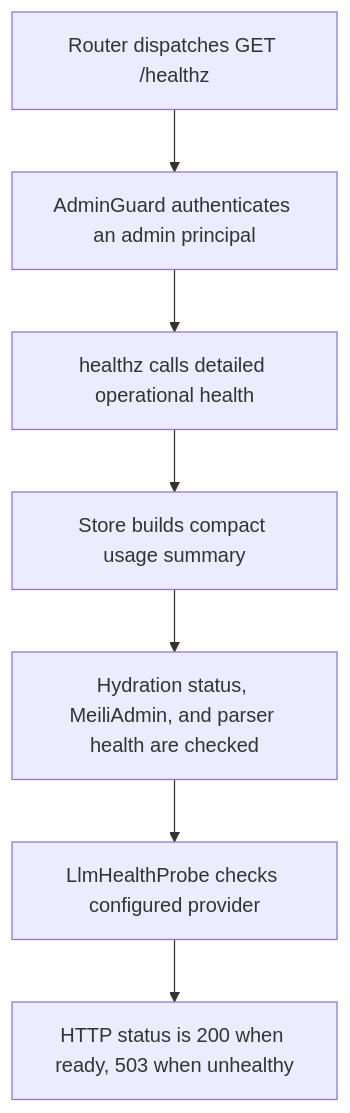
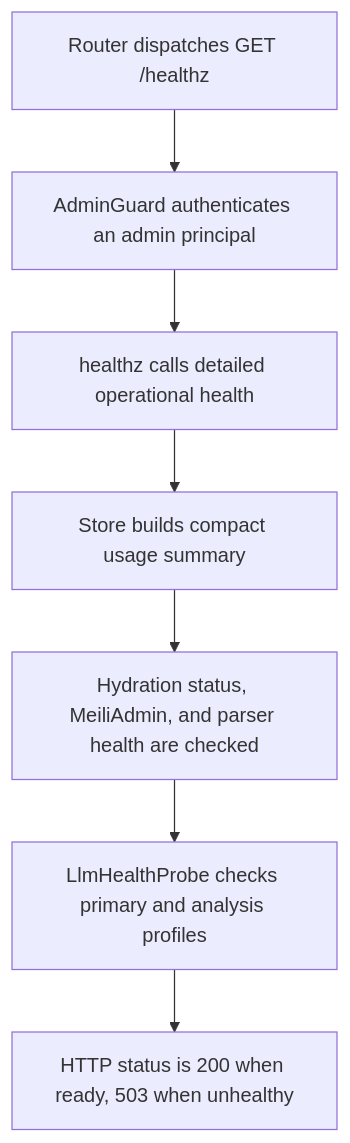
The diagram in doc/api/get_healthz.md (dickwu/nowledge), drawn with Mermaid before and after one commit. The commit also changed other lines of this file and 102 other files, not shown here.

````diff
--- a/doc/api/get_healthz.md
+++ b/doc/api/get_healthz.md
@@ -64,16 +66,16 @@
 ```mermaid
 flowchart TD
   n0["Router dispatches GET /healthz"]
   n1["AdminGuard authenticates an admin principal"]
   n2["healthz calls detailed operational health"]
   n3["Store builds compact usage summary"]
   n4["Hydration status, MeiliAdmin, and parser health are checked"]
-  n5["LlmHealthProbe checks configured provider"]
+  n5["LlmHealthProbe checks primary and analysis profiles"]
   n6["HTTP status is 200 when ready, 503 when unhealthy"]
   n0 --> n1
   n1 --> n2
   n2 --> n3
   n3 --> n4
   n4 --> n5
   n5 --> n6
 ```
````
